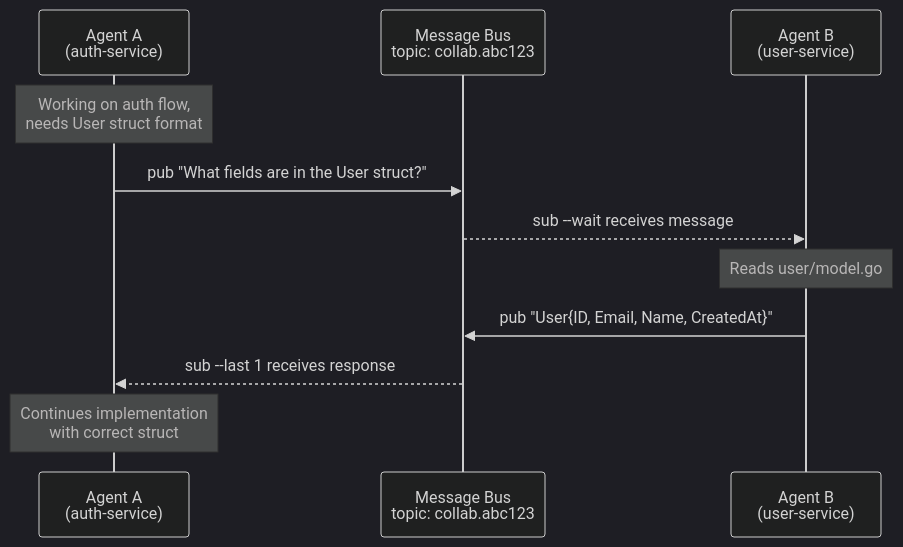
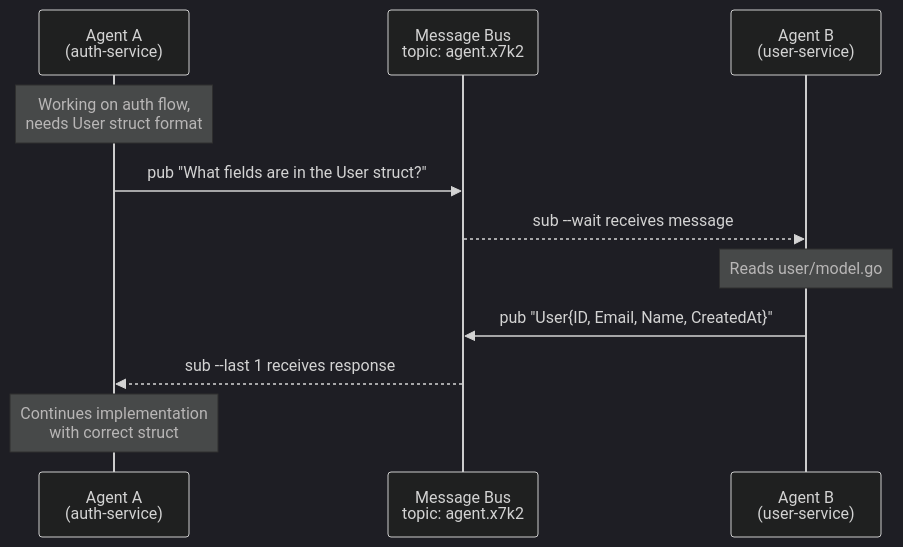
The diagram in README.md (hay-kot/hive), drawn with Mermaid (dark theme) before and after one commit. The commit also changed other lines of this file, not shown here.

Commit message:
docs: fix topic consistency and clarify inbox convention

````diff
--- a/README.md
+++ b/README.md
@@ -62,18 +62,18 @@
 ```mermaid
 sequenceDiagram
     participant A as Agent A<br/>(auth-service)
-    participant Bus as Message Bus<br/>topic: collab.abc123
+    participant Bus as Message Bus<br/>topic: agent.x7k2
     participant B as Agent B<br/>(user-service)
 
     Note over A: Working on auth flow,<br/>needs User struct format
 
     A->>Bus: pub "What fields are in the User struct?"
     Bus-->>B: sub --wait receives message
 
     Note over B: Reads user/model.go
 
     B->>Bus: pub "User{ID, Email, Name, CreatedAt}"
     Bus-->>A: sub --last 1 receives response
 
     Note over A: Continues implementation<br/>with correct struct
 ```
````
